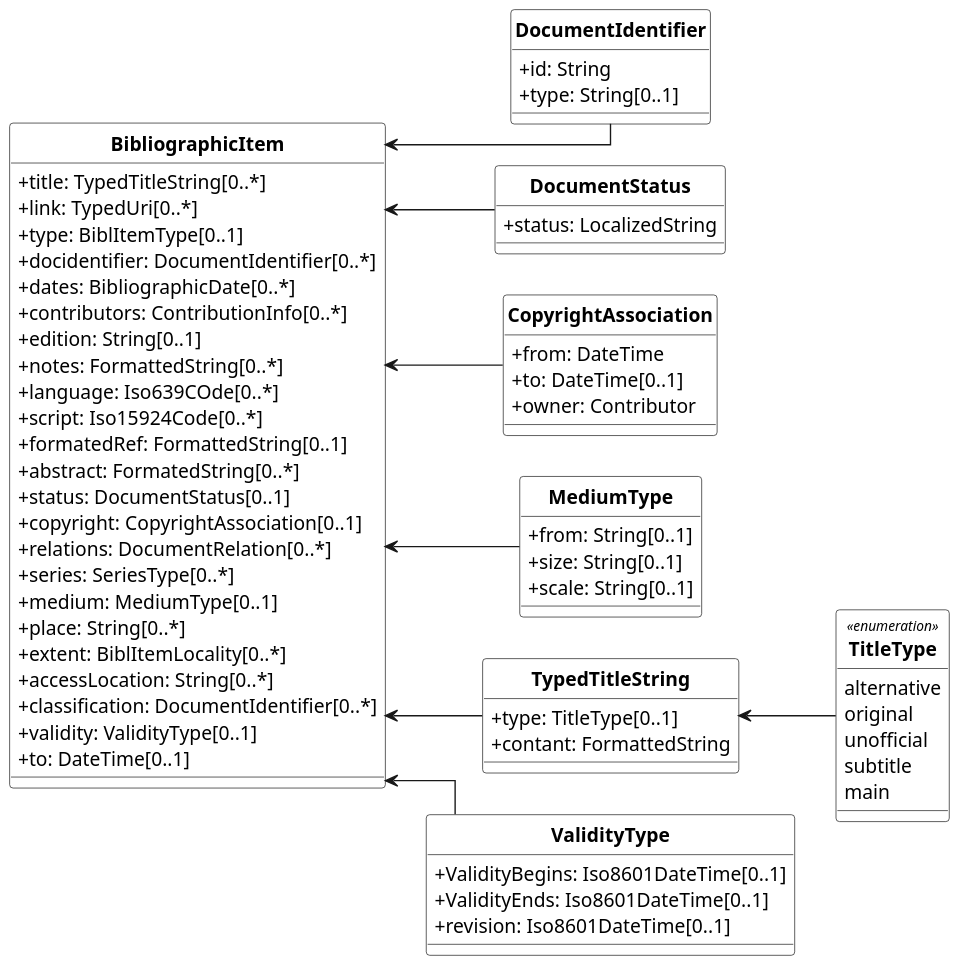
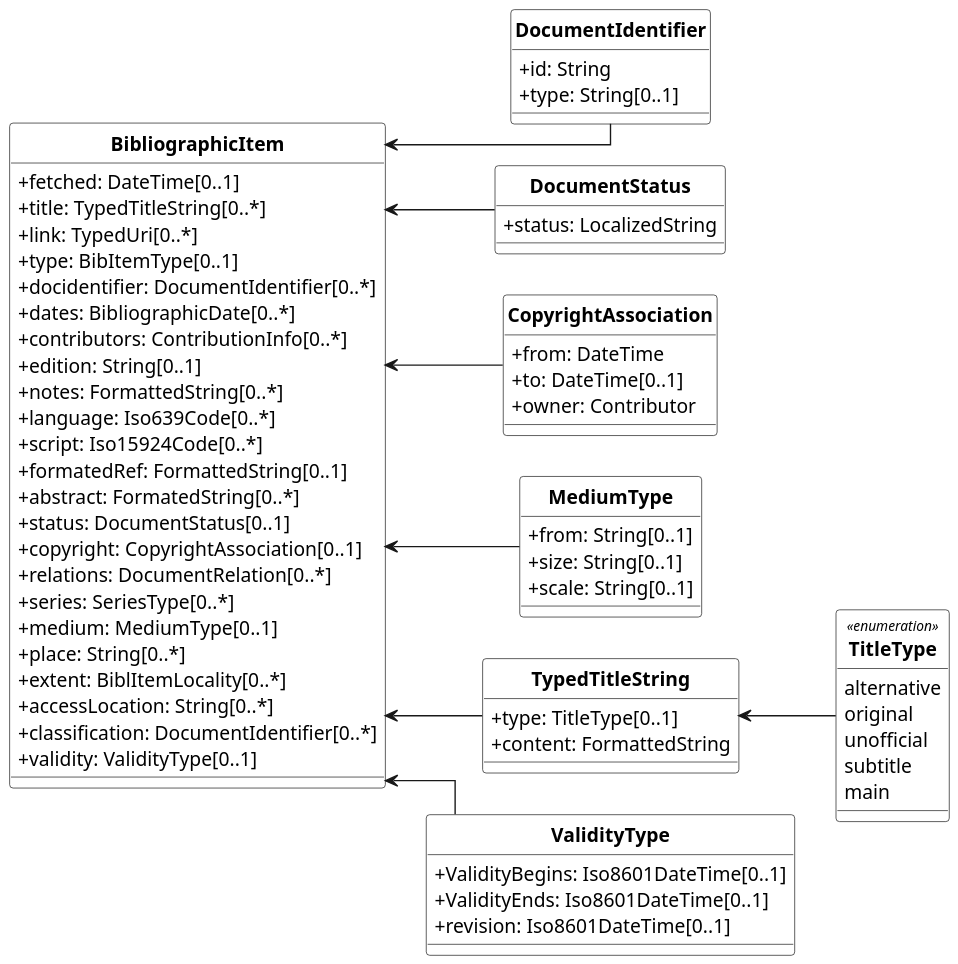
Before and after one commit to relaton/relaton-models: the diagram in models/RelBib_BibliographicItem.wsd, drawn with PlantUML. The commit also changed 27 other files, not shown here.

```diff
--- a/models/RelBib_BibliographicItem.wsd
+++ b/models/RelBib_BibliographicItem.wsd
@@ -1,152 +1,152 @@
 @startuml RelBib_BibliographicItem
 /'
 Diagram:        RelBib_BibliographicItem
 DateCreate:     30/08/2018
 Description:    These bibliographic models are developed to consolidate and standardize the data models used for bibliographic and citation purposes.
                 These models are meant to be fully compatible with ISO 690 and ISO TC 46’s (and SC 4, SC 9) work on bibliography.
                 They are used extensively in the following projects as containers for bibliographic data management and for managing document metadata:
 
                 - ISO Standards
                 - CSD Standards
                 - Chinese Standards (GB and family)
                 - ISO bibliography gem
 
                 Below are the UML diagrams.
                 The document models are expressed as UML and as RelaxNG Compact (RNC) grammars; see discussion under Grammars. This repository contains the RNC grammars for the base BibliographicItem model, Citation model and the Contributor model.
                 The document models are currently used by IsoDoc-based authoring tools for standards, which convert Asciidoctor source to XML representations of the document models, and validate the XML generated against the RNC schemas:
 
                 - https://github.com/riboseinc/asciidoctor-iso
                 - https://github.com/riboseinc/asciidoctor-csd
                 - https://github.com/riboseinc/asciidoctor-gb
 
                 They are also used by tools that render those XML representations of the document models, into HTML and Microsoft Word:
 
                 - https://github.com/riboseinc/isodoc
                 - https://github.com/riboseinc/asciidoctor-csd (inheriting from isodoc)
                 - https://github.com/riboseinc/asciidoctor-gb (inheriting from isodoc)
 
 Hystory of changes:
 > DD/MM/YYYY
     -
     -
 '/
 
 '******* CONFIGURATION ************************************************
 left to right direction
 skinparam classAttributeIconSize 0
 skinparam Dpi 150
 skinparam Monochrome true
 skinparam LineType ortho
 skinparam nodesep 30
 skinparam ranksep 30
 hide circle
 /' skinparam CircledCharacterRadius 0 '/
 /' skinparam CircledCharacterFontSize 0 '/
 skinparam Default {
 TextAlignment center
 FontName Helvetica
 }
 skinparam Class {
 AttributeIconSize 0
 BackgroundColor White
 FontStyle bold
 StereotypeFontSize 10
 }
 skinparam Rectangle {
 BackgroundColor White
 FontStyle bold
 FontSize 11
 StereotypeFontSize 10
 }
 skinparam Object {
 BackgroundColor White
 FontStyle bold
 FontSize 11
 StereotypeFontSize 10
 }
 skinparam Entity {
 StereotypeFontSize 10
 }
 
 '******* CLASS DEFINITION *********************************************
 class BibliographicItem {
+    +fetched: DateTime[0..1]
     +title: TypedTitleString[0..*]
     +link: TypedUri[0..*]
-    +type: BiblItemType[0..1]
+    +type: BibItemType[0..1]
     +docidentifier: DocumentIdentifier[0..*]
     +dates: BibliographicDate[0..*]
     +contributors: ContributionInfo[0..*]
     +edition: String[0..1]
     +notes: FormattedString[0..*]
-    +language: Iso639COde[0..*]
+    +language: Iso639Code[0..*]
     +script: Iso15924Code[0..*]
     +formatedRef: FormattedString[0..1]
     +abstract: FormatedString[0..*]
     +status: DocumentStatus[0..1]
     +copyright: CopyrightAssociation[0..1]
     +relations: DocumentRelation[0..*]
     +series: SeriesType[0..*]
     +medium: MediumType[0..1]
     +place: String[0..*]
     +extent: BiblItemLocality[0..*]
     +accessLocation: String[0..*]
     +classification: DocumentIdentifier[0..*]
     +validity: ValidityType[0..1]
-    +to: DateTime[0..1]
 }
 
 class DocumentIdentifier{
     +id: String
     +type: String[0..1]
 }
 
 class DocumentStatus{
     +status: LocalizedString
 }
 
 class CopyrightAssociation{
     +from: DateTime
     +to: DateTime[0..1]
     +owner: Contributor
 }
 
 class MediumType{
     +from: String[0..1]
     +size: String[0..1]
     +scale: String[0..1]
 }
 
 class TypedTitleString{
     +type: TitleType[0..1]
-    +contant: FormattedString
+    +content: FormattedString
 }
 
 class ValidityType{
     +ValidityBegins: Iso8601DateTime[0..1]
     +ValidityEnds: Iso8601DateTime[0..1]
     +revision: Iso8601DateTime[0..1]
 }
 
 enum TitleType <<enumeration>>{
     alternative
     original
     unofficial
     subtitle
     main
 }
 
 '******* NOTES ********************************************************
 
 
 '******* CLASS RELATIONS **********************************************
 
 BibliographicItem <-- DocumentIdentifier
 BibliographicItem <-- DocumentStatus
 BibliographicItem <-- CopyrightAssociation
 BibliographicItem <-- MediumType
 BibliographicItem <-- TypedTitleString
 BibliographicItem <-- ValidityType
 
 TypedTitleString <-- TitleType
 
 @enduml
```
